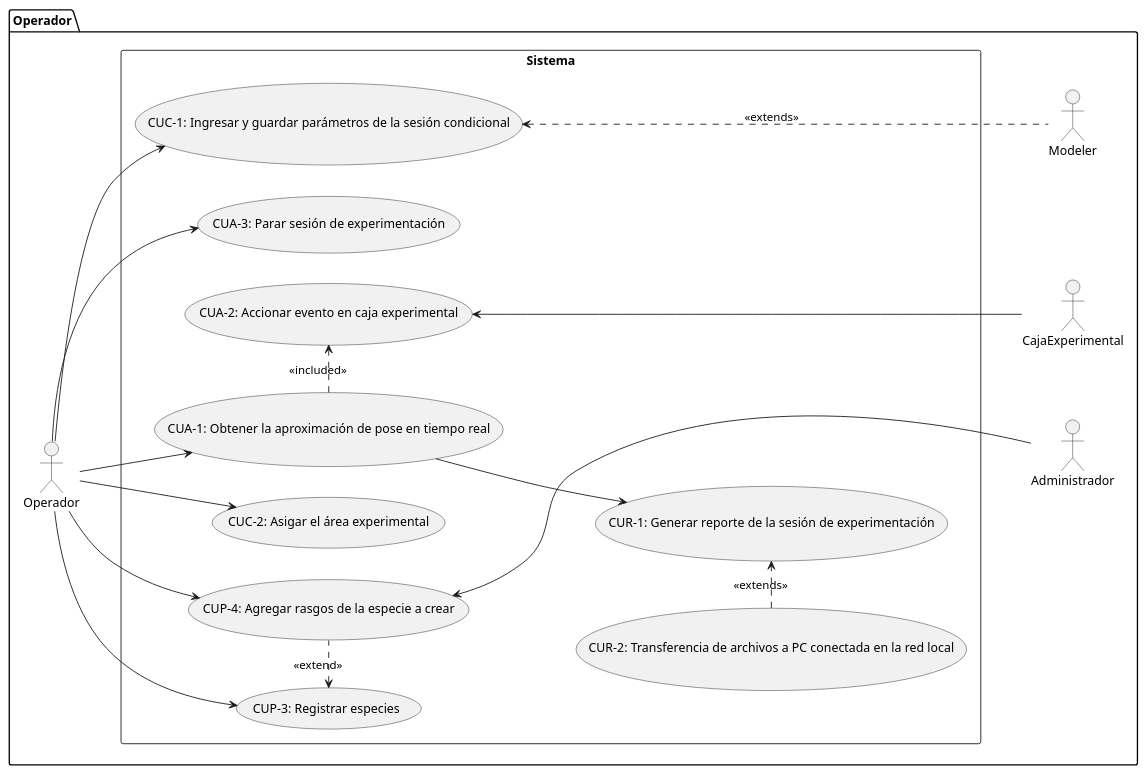
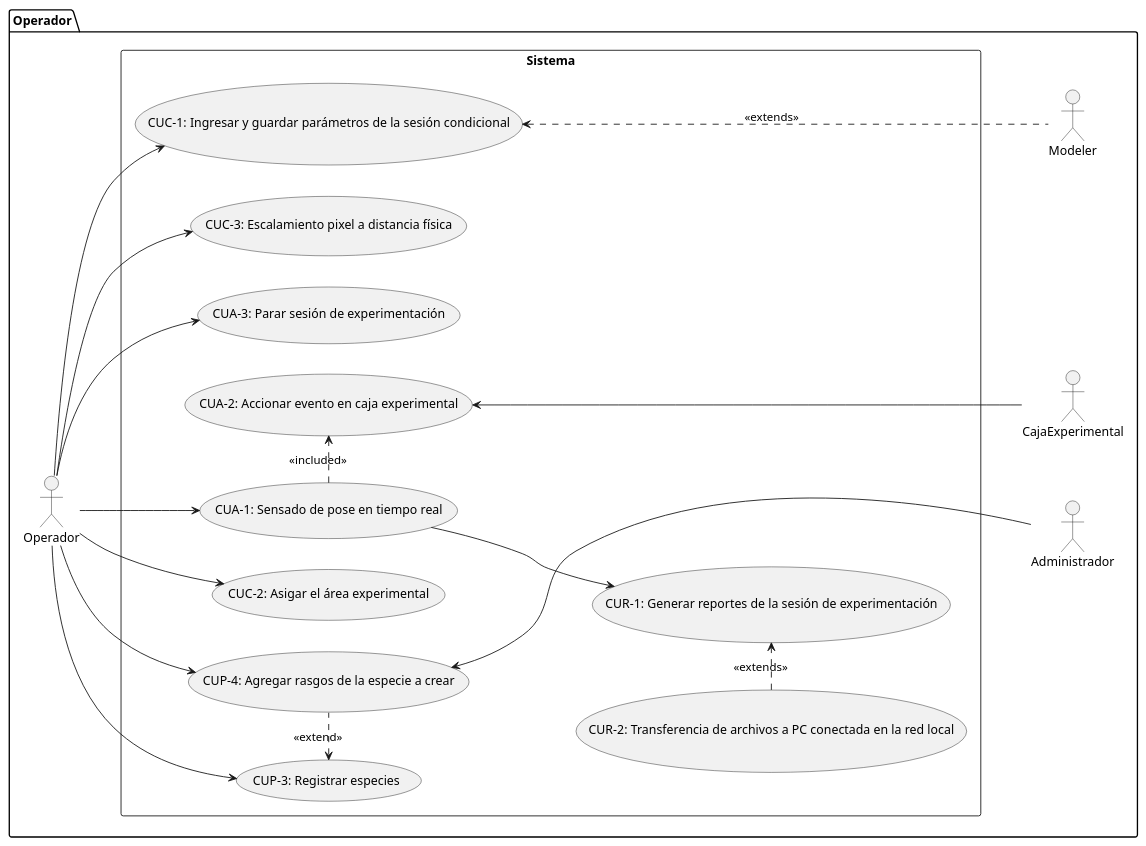
One commit to MenaVhs/propuesta_pantallas_y_CU changed the diagram in Diagramas de Casos de Uso/Operador.puml. Above: the diagram before and after it, drawn with PlantUML.

Commit message:
CUC-3 Escalamiento pixel a distancia física

```diff
--- a/Diagramas de Casos de Uso/Operador.puml
+++ b/Diagramas de Casos de Uso/Operador.puml
@@ -1,40 +1,42 @@
 @startuml Modeler
 left to right direction
 package "Operador"{
 'Creating Actors
 actor Operador as U
 actor Modeler as Mo
 actor Administrador as Ad
 actor CajaExperimental as Ca
 rectangle "Sistema"{
 
     usecase "CUP-3: Registrar especies" as 7    
     usecase "CUP-4: Agregar rasgos de la especie a crear" as 8    
     usecase "CUC-1: Ingresar y guardar parámetros de la sesión condicional" as 11
     usecase "CUC-2: Asigar el área experimental" as 12  
-    usecase "CUA-1: Obtener la aproximación de pose en tiempo real" as 13
+    usecase "CUC-3: Escalamiento pixel a distancia física" as 16  
+    usecase "CUA-1: Sensado de pose en tiempo real" as 13
     usecase "CUA-3: Parar sesión de experimentación" as 15
 
     'Casos de uso sin un actors
     usecase "CUA-2: Accionar evento en caja experimental" as 14
-    usecase "CUR-1: Generar reporte de la sesión de experimentación" as 9
+    usecase "CUR-1: Generar reportes de la sesión de experimentación" as 9
     usecase "CUR-2: Transferencia de archivos a PC conectada en la red local" as 10
 
 
 }
 
 }
 U --> 7
 7 <.8 : <<extend>>
 U --> 11
 U -> 12
 U -> 13
 U -> 15
+U -> 16
 13 .> 14: <<included>>
 13 --> 9
 14 <--- Ca
 8 <--- Ad
 11 <... Mo: <<extends>>
 10 .> 9: <<extends>>
 U --> 8
 @enduml
```
